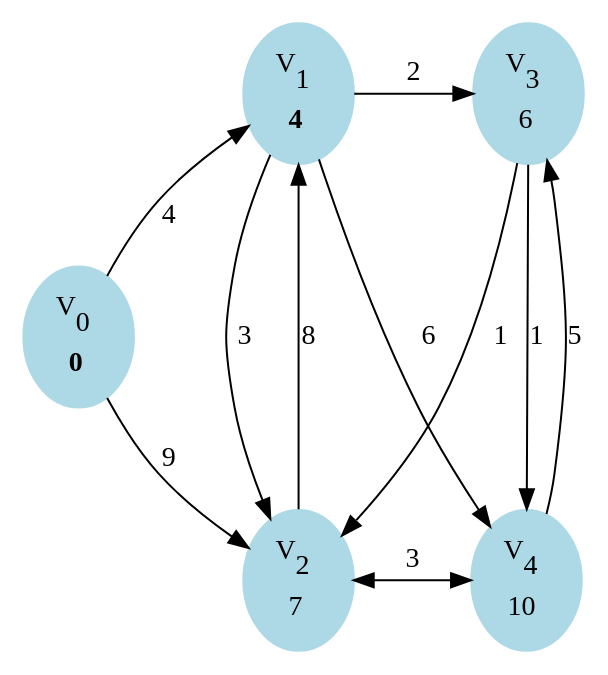
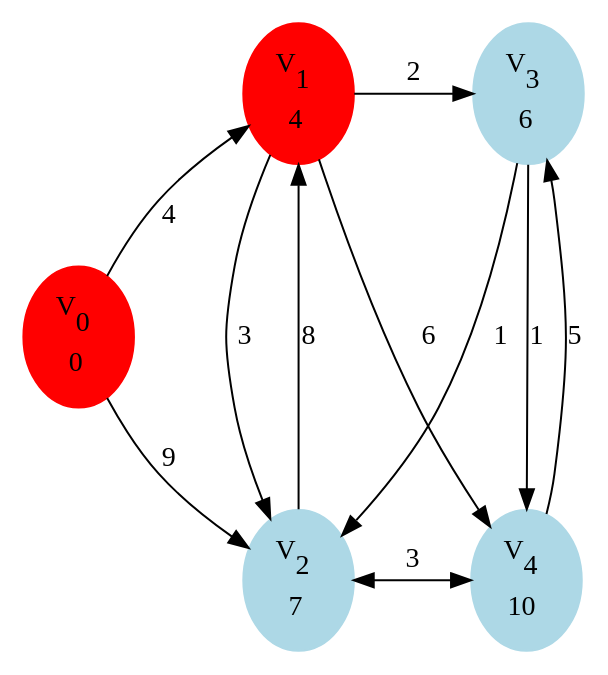
Before and after one commit to dwysocki/ai-programming1: the diagram in exercises/graphviz/a2e7_c.dot, drawn with Graphviz. The commit also changed 19 other files, not shown here.

Commit message:
Improved notation in Dijkstra graphs

```diff
--- a/exercises/graphviz/a2e7_c.dot
+++ b/exercises/graphviz/a2e7_c.dot
@@ -1,58 +1,60 @@
 /* Chapter 2 Exercise 7 Graph (b) */
 digraph dijkstra {
   size = "10,10";
   rankdir = TB;
   node [color=lightblue, style=filled];
 
   "V0" [
-    label = <V<SUB>0</SUB> <BR/><BR/><B>0</B>>
+    label = <V<SUB>0</SUB> <BR/><BR/>0>
+    color = red
   ];
   "V1" [
-    label = <V<SUB>1</SUB> <BR/><BR/><B>4</B>>
+    label = <V<SUB>1</SUB> <BR/><BR/>4>
+    color = red
   ];
   "V2" [
     label = <V<SUB>2</SUB> <BR/><BR/>7>
   ];
   "V3" [
     label = <V<SUB>3</SUB> <BR/><BR/>6>
   ];
   "V4" [
     label = <V<SUB>4</SUB> <BR/><BR/>10>
   ];
 
   {rank=min; "V1" "V3"}
   {rank=same; "V0"}
   {rank=max; "V2" "V4"}
 
   "V0" -> "V1" [
     label = 4
   ];
   "V0" -> "V2" [
     label = 9
   ];
   "V1" -> "V2" [
     label = 3
   ];
   "V2" -> "V1" [
     label = 8
   ];
   "V1" -> "V3" [
     label = 2
   ];
   "V1" -> "V4" [
     label = 6
   ];
   "V2" -> "V4" [
     label = 3
     dir = both
   ];
   "V3" -> "V2" [
     label = 1
   ];
   "V3" -> "V4" [
     label = 1
   ];
   "V4" -> "V3" [
     label = 5
   ];
 }
```
